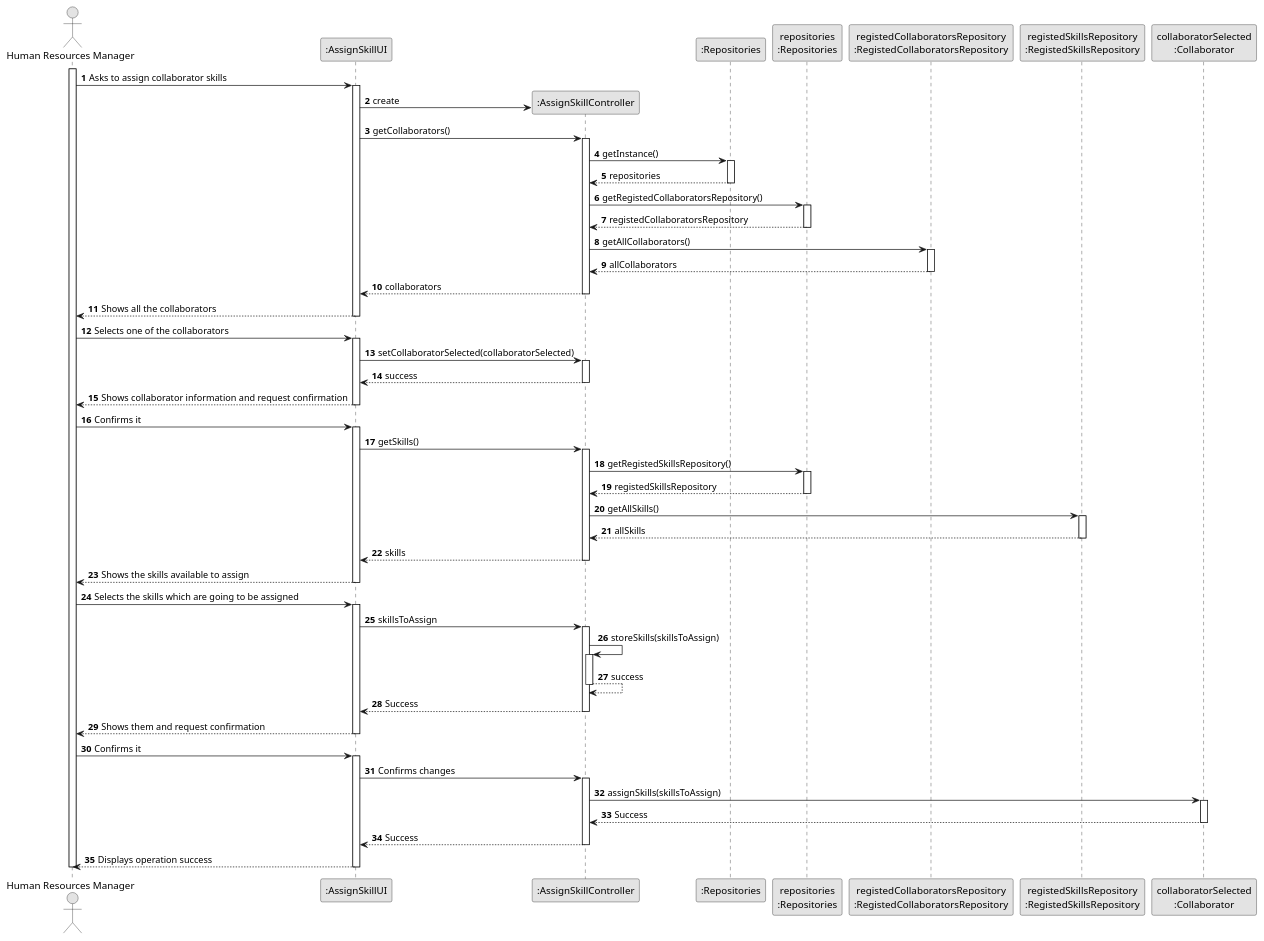
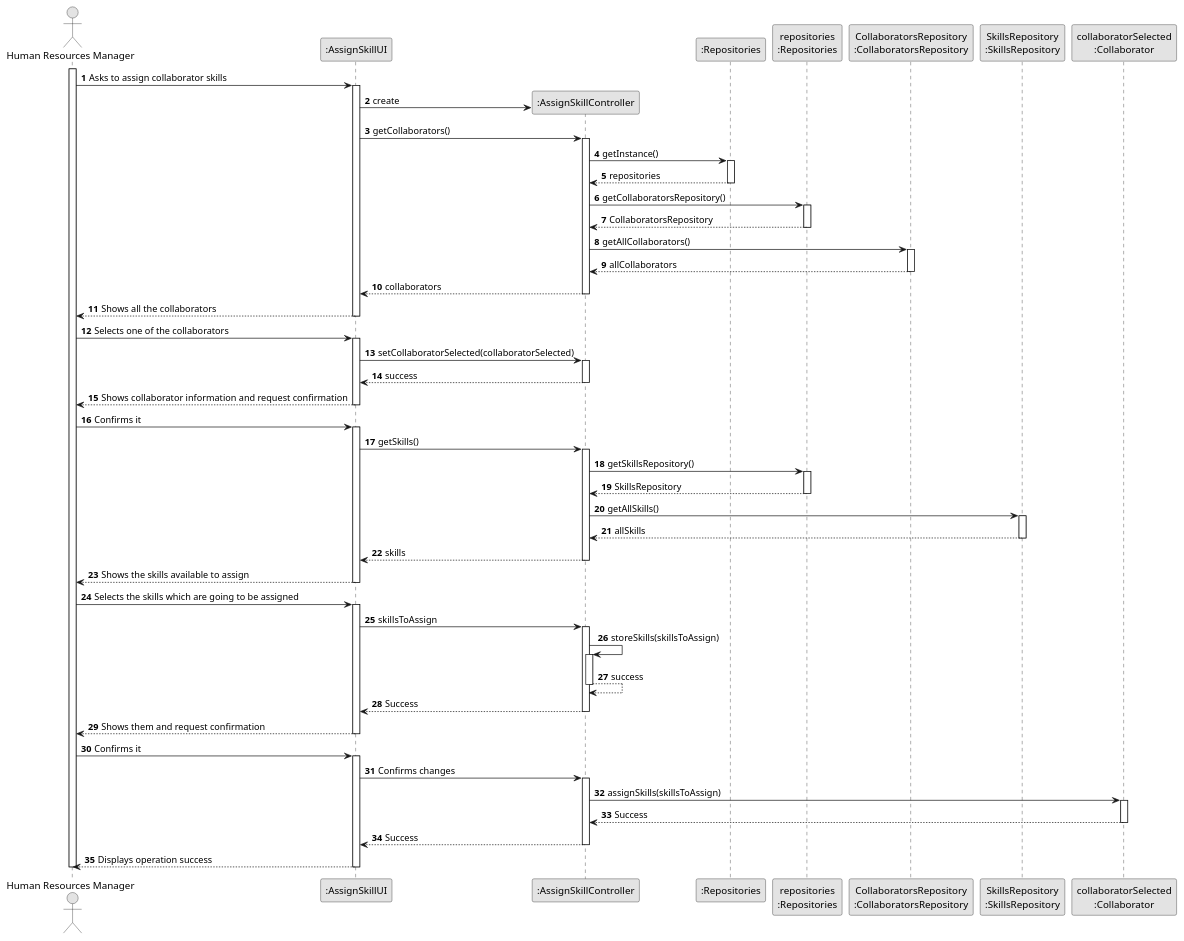
The diagram in docs/sprint2/us004/03.design/puml/us004-sequence-diagram-full.puml (1231360-ISEP/lei-24-s2-1db-g021), drawn with PlantUML before and after one commit. The commit also changed 22 other files, not shown here.

Commit message:
Update US01 and US05 - Class Diagram and SVG.

```diff
--- a/docs/sprint2/us004/03.design/puml/us004-sequence-diagram-full.puml
+++ b/docs/sprint2/us004/03.design/puml/us004-sequence-diagram-full.puml
@@ -1,126 +1,126 @@
 @startuml
 skinparam monochrome true
 skinparam packageStyle rectangle
 skinparam shadowing false
 
 autonumber
 
 'hide footbox
 actor "Human Resources Manager" as ADM
 participant ":AssignSkillUI" as UI
 participant ":AssignSkillController" as CTRL
 participant ":Repositories" as Repositories
 participant "repositories\n:Repositories" as RepoInstance
-participant "registedCollaboratorsRepository\n:RegistedCollaboratorsRepository" as CollaboratorRepo
-participant "registedSkillsRepository\n:RegistedSkillsRepository" as SkillRepo
+participant "CollaboratorsRepository\n:CollaboratorsRepository" as CollaboratorRepo
+participant "SkillsRepository\n:SkillsRepository" as SkillRepo
 participant "collaboratorSelected\n:Collaborator" as Collaborator
 
 activate ADM
 
         ADM -> UI : Asks to assign collaborator skills
 
         activate UI
             UI -> CTRL** : create
             UI -> CTRL : getCollaborators()
 
             activate CTRL
 
                 CTRL -> Repositories : getInstance()
                 activate Repositories
                     Repositories --> CTRL : repositories
                 deactivate Repositories
 
-                CTRL -> RepoInstance : getRegistedCollaboratorsRepository()
+                CTRL -> RepoInstance : getCollaboratorsRepository()
 
                 activate RepoInstance
-                    RepoInstance --> CTRL : registedCollaboratorsRepository
+                    RepoInstance --> CTRL : CollaboratorsRepository
                 deactivate RepoInstance
 
                 CTRL -> CollaboratorRepo : getAllCollaborators()
                 activate CollaboratorRepo
                     CollaboratorRepo --> CTRL : allCollaborators
                 deactivate CollaboratorRepo
 
                 CTRL --> UI : collaborators
             deactivate CTRL
 
             UI --> ADM : Shows all the collaborators
         deactivate UI
 
         ADM -> UI : Selects one of the collaborators
 
         activate UI
 
             UI -> CTRL : setCollaboratorSelected(collaboratorSelected)
 
             activate CTRL
                 CTRL --> UI : success
             deactivate CTRL
 
             UI --> ADM : Shows collaborator information and request confirmation
         deactivate UI
 
         ADM -> UI : Confirms it
 
         activate UI
             UI -> CTRL : getSkills()
 
             activate CTRL
 
-                CTRL -> RepoInstance : getRegistedSkillsRepository()
+                CTRL -> RepoInstance : getSkillsRepository()
 
                 activate RepoInstance
-                    RepoInstance --> CTRL : registedSkillsRepository
+                    RepoInstance --> CTRL : SkillsRepository
                 deactivate RepoInstance
 
                 CTRL -> SkillRepo : getAllSkills()
 
                 activate SkillRepo
                     SkillRepo --> CTRL : allSkills
                 deactivate SkillRepo
 
                 CTRL --> UI : skills
             deactivate CTRL
 
             UI --> ADM : Shows the skills available to assign
         deactivate UI
 
         ADM -> UI : Selects the skills which are going to be assigned
 
         activate UI
             UI -> CTRL : skillsToAssign
 
             activate CTRL
                 CTRL -> CTRL : storeSkills(skillsToAssign)
 
                 activate CTRL
                     CTRL --> CTRL : success
                 deactivate CTRL
 
                 CTRL --> UI : Success
             deactivate CTRL
 
             UI --> ADM : Shows them and request confirmation
         deactivate UI
 
         ADM -> UI : Confirms it
 
         activate UI
             UI -> CTRL : Confirms changes
             
             activate CTRL
                 CTRL -> Collaborator : assignSkills(skillsToAssign)
 
                 activate Collaborator
                     Collaborator --> CTRL : Success
                 deactivate Collaborator
 
                 CTRL --> UI : Success
             deactivate CTRL
 
             UI --> ADM : Displays operation success
         deactivate UI
 
 deactivate ADM
 
 @enduml
```
